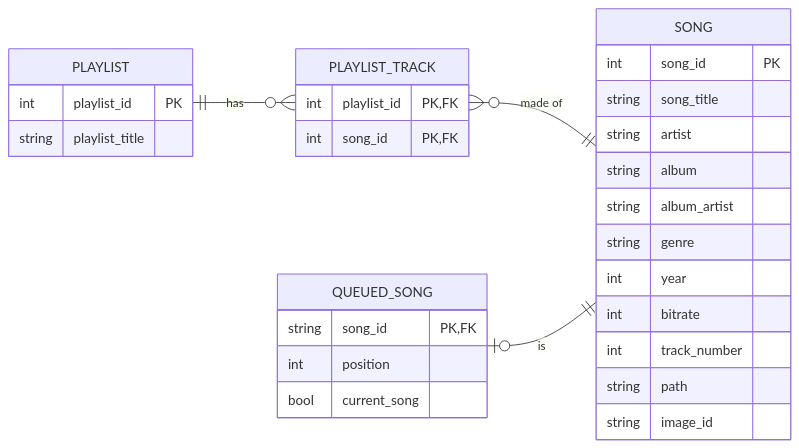
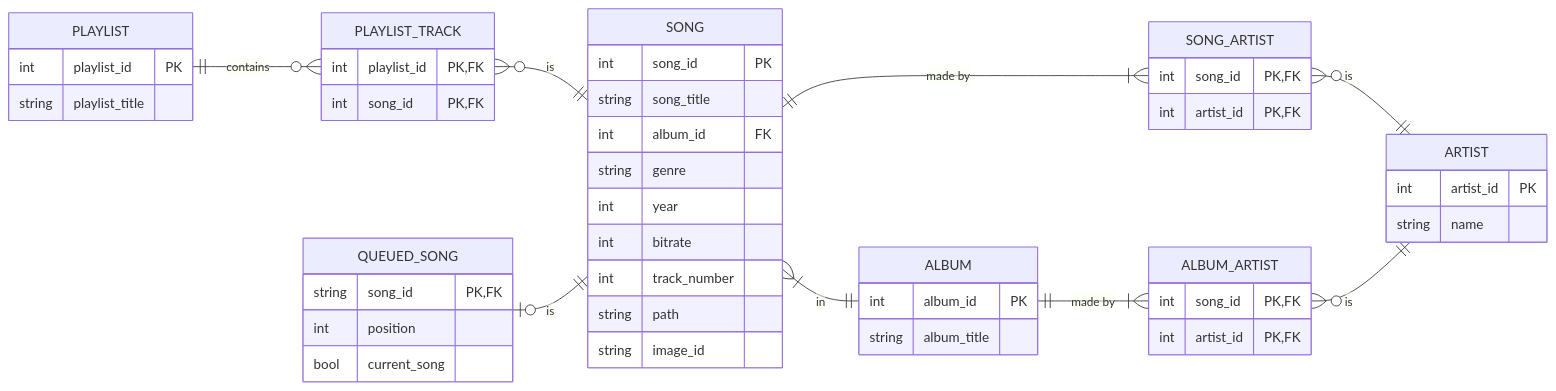
Before and after one commit to jossue845/On-premise-Music-Player: the diagram in resources/mermaid/er-diagram.md, drawn with Mermaid. The commit also changed 7 other files, not shown here.

Commit message:
improve ER diagram

````diff
--- a/resources/mermaid/er-diagram.md
+++ b/resources/mermaid/er-diagram.md
@@ -1,34 +1,53 @@
 ```mermaid
 erDiagram
     direction LR
     SONG{
         int song_id PK
         string song_title
-        string artist
-        string album
-        string album_artist
+        int album_id FK
         string genre
         int year
         int bitrate
         int track_number
         string path
         string image_id
     }
     PLAYLIST{
         int playlist_id PK
         string playlist_title
     }
     PLAYLIST_TRACK{
         int playlist_id PK, FK
         int song_id PK, FK
     }
 
     QUEUED_SONG{
         string song_id PK, FK
         int position
         bool current_song
     }
-    PLAYLIST_TRACK }o--|| SONG : "made of"
-    PLAYLIST ||--o{ PLAYLIST_TRACK : "has"
+    SONG_ARTIST{
+        int song_id PK, FK
+        int artist_id PK, FK
+    }
+    ALBUM{
+        int album_id PK
+        string album_title
+    }
+    ARTIST{
+        int artist_id PK
+        string name
+    }
+    ALBUM_ARTIST{
+        int song_id PK, FK
+        int artist_id PK, FK
+    }
+    PLAYLIST_TRACK }o--|| SONG : "is"
+    PLAYLIST ||--o{ PLAYLIST_TRACK : "contains"
     QUEUED_SONG o|--|| SONG : "is"
+    SONG |{--|| ALBUM : "in"
+    SONG ||--|{ SONG_ARTIST : "made by"
+    ALBUM ||--|{ ALBUM_ARTIST : "made by"
+    SONG_ARTIST o{--|| ARTIST: "is"
+    ALBUM_ARTIST o{--|| ARTIST: "is"
 ```
````
